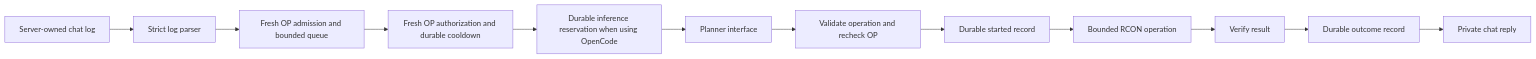
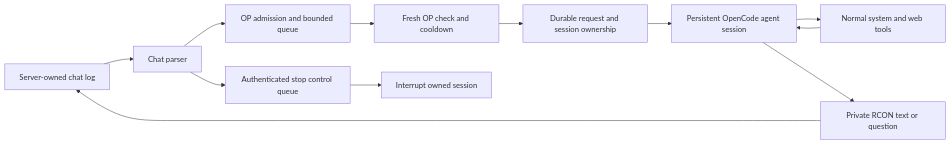
The diagram in docs/architecture.md (StvnWthrsp/serverbot), drawn with Mermaid before and after one commit. The commit also changed other lines of this file and 31 other files, not shown here.

Commit message:
feat: bridge OP chat to full OpenCode agent sessions

````diff
--- a/docs/architecture.md
+++ b/docs/architecture.md
@@ -3,14 +3,14 @@
 ```mermaid
 flowchart LR
-    Chat[Server-owned chat log] --> Parse[Strict log parser]
-    Parse --> Queue[Fresh OP admission and bounded queue]
-    Queue --> Auth[Fresh OP authorization and durable cooldown]
-    Auth --> Budget[Durable inference reservation when using OpenCode]
-    Budget --> Plan[Planner interface]
-    Plan --> Policy[Validate operation and recheck OP]
-    Policy --> Audit[Durable started record]
-    Audit --> RCON[Bounded RCON operation]
-    RCON --> Verify[Verify result]
-    Verify --> Outcome[Durable outcome record]
-    Outcome --> Reply[Private chat reply]
+    Chat[Server-owned chat log] --> Parse[Chat parser]
+    Parse --> Queue[OP admission and bounded queue]
+    Queue --> Auth[Fresh OP check and cooldown]
+    Auth --> Audit[Durable request and session ownership]
+    Audit --> Agent[Persistent OpenCode agent session]
+    Agent --> Tools[Normal system and web tools]
+    Tools --> Agent
+    Agent --> Reply[Private RCON text or question]
+    Reply --> Chat
+    Parse --> Stop[Authenticated stop control queue]
+    Stop --> Interrupt[Interrupt owned session]
 ```
````
